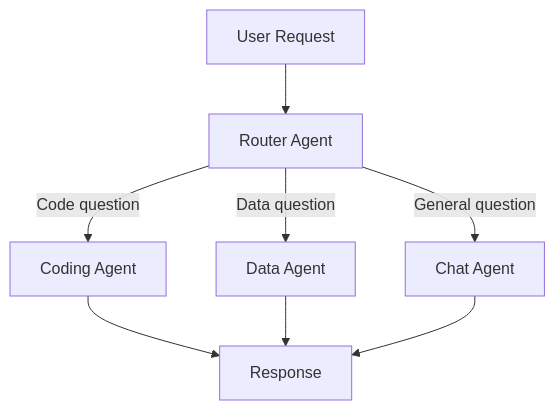
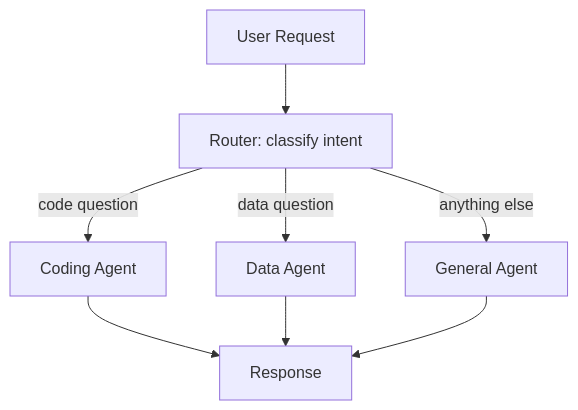
Before and after one commit to Hmago/ml4: the fourth of 7 diagrams in content/18_ai_agents.md, drawn with Mermaid. The commit also changed other lines of this file and 211 other files, not shown here.

````diff
--- a/content/18_ai_agents.md
+++ b/content/18_ai_agents.md
@@ -522,10 +988,10 @@
 ```mermaid
 graph TD
-    U[User Request] --> R[Router Agent]
-    R -->|Code question| A1[Coding Agent]
-    R -->|Data question| A2[Data Agent]
-    R -->|General question| A3[Chat Agent]
+    U[User Request] --> R[Router: classify intent]
+    R -->|code question| A1[Coding Agent]
+    R -->|data question| A2[Data Agent]
+    R -->|anything else| A3[General Agent]
     A1 --> U2[Response]
     A2 --> U2
     A3 --> U2
 ```
````
